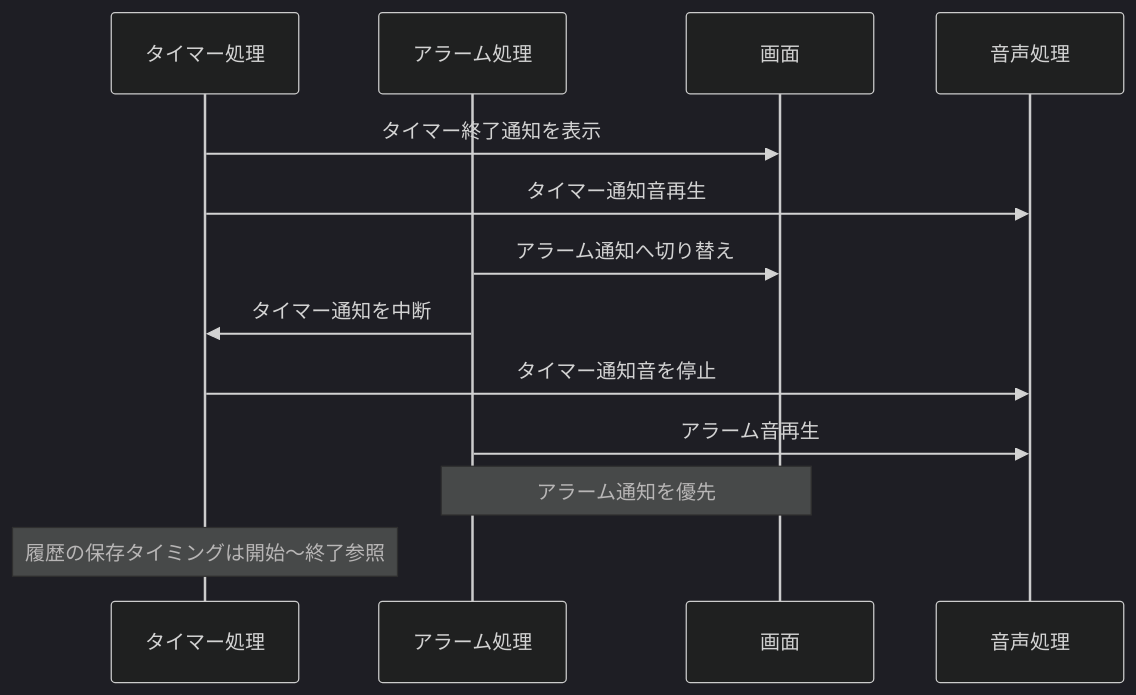
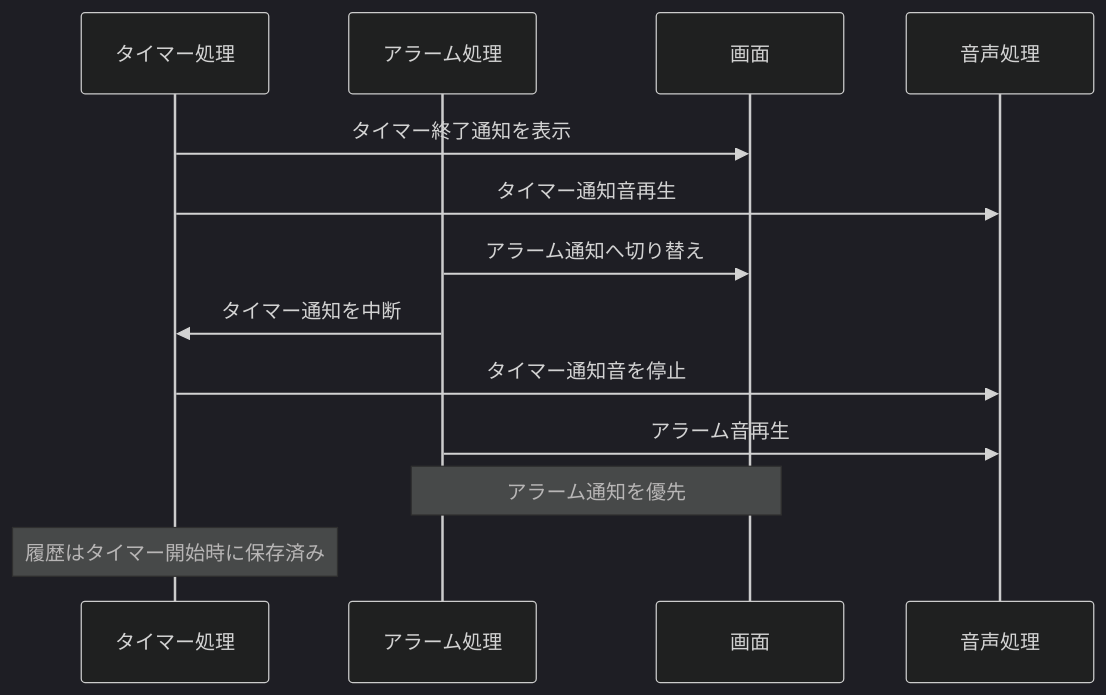
The sixth of 6 diagrams in document/設計/シーケンス図/タイマーシーケンス図.md (shun62201234-crypto/timerApplication), drawn with Mermaid (dark theme) before and after one commit. The commit also changed other lines of this file, not shown here.

First line of the commit message:
タイマー側シーケンス図修正

````diff
--- a/document/設計/シーケンス図/タイマーシーケンス図.md
+++ b/document/設計/シーケンス図/タイマーシーケンス図.md
@@ -143,19 +153,19 @@
 ```mermaid
 sequenceDiagram
     participant Timer as タイマー処理
     participant Alarm as アラーム処理
     participant UI as 画面
     participant Audio as 音声処理
 
     Timer->>UI: タイマー終了通知を表示
     Timer->>Audio: タイマー通知音再生
 
     Alarm->>UI: アラーム通知へ切り替え
     Alarm->>Timer: タイマー通知を中断
     Timer->>Audio: タイマー通知音を停止
     Alarm->>Audio: アラーム音再生
 
     Note over Alarm,UI: アラーム通知を優先
 
-    Note over Timer: 履歴の保存タイミングは開始～終了参照
+    Note over Timer: 履歴はタイマー開始時に保存済み
 ```
````
